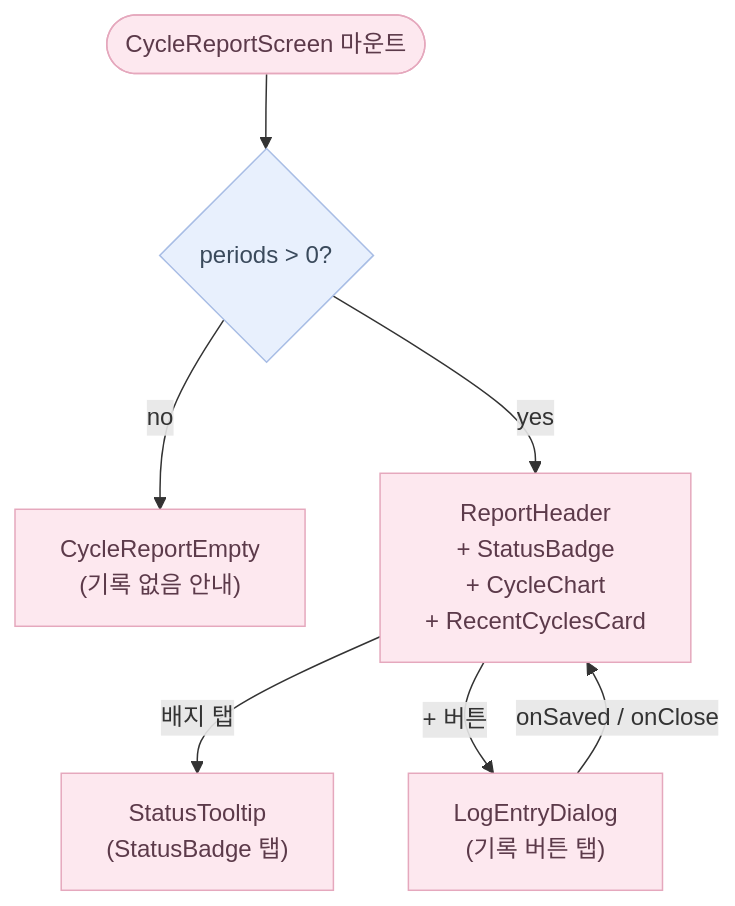
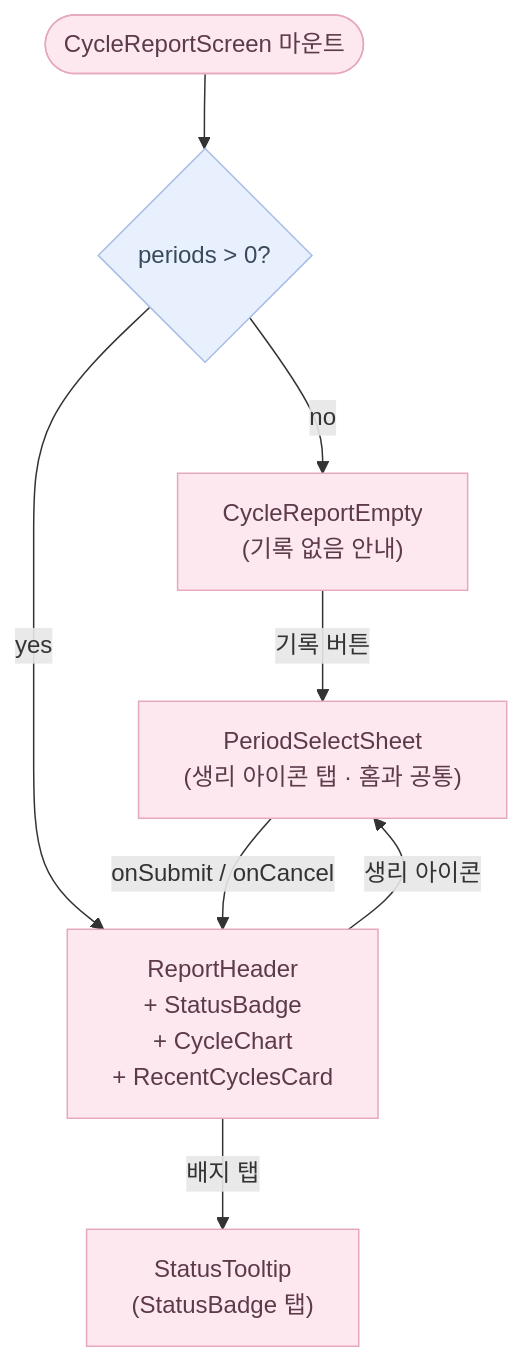
Before and after one commit to soojjung/dwee-wellness-tracker: the second of 5 diagrams in docs/flows/log.md, drawn with Mermaid. The commit also changed other lines of this file and 86 other files, not shown here.

First line of the commit message:
fix(ios): TestFlight round 3 — legal back button, period sheet from report, sticker sheet, consent row, notices, build 4 (#77)

````diff
--- a/docs/flows/log.md
+++ b/docs/flows/log.md
@@ -42,21 +42,22 @@
 ```mermaid
 flowchart TD
     Mount(["CycleReportScreen 마운트"])
     HasPeriods{"periods > 0?"}
     Empty["CycleReportEmpty\n(기록 없음 안내)"]
     Report["ReportHeader\n+ StatusBadge\n+ CycleChart\n+ RecentCyclesCard"]
     Tooltip["StatusTooltip\n(StatusBadge 탭)"]
-    Dialog["LogEntryDialog\n(기록 버튼 탭)"]
+    Dialog["PeriodSelectSheet\n(생리 아이콘 탭 · 홈과 공통)"]
 
     Mount --> HasPeriods
     HasPeriods -- no --> Empty
     HasPeriods -- yes --> Report
     Report -->|"배지 탭"| Tooltip
-    Report -->|"+ 버튼"| Dialog
-    Dialog -->|"onSaved / onClose"| Report
+    Report -->|"생리 아이콘"| Dialog
+    Empty -->|"기록 버튼"| Dialog
+    Dialog -->|"onSubmit / onCancel"| Report
 
     classDef ui fill:#FDE8EF,stroke:#E5A8BD,color:#5C3A4A;
     classDef logic fill:#E8F0FD,stroke:#A8BDE5,color:#3A4A5C;
     class Mount,Empty,Report,Tooltip,Dialog ui;
     class HasPeriods logic;
 ```
````
